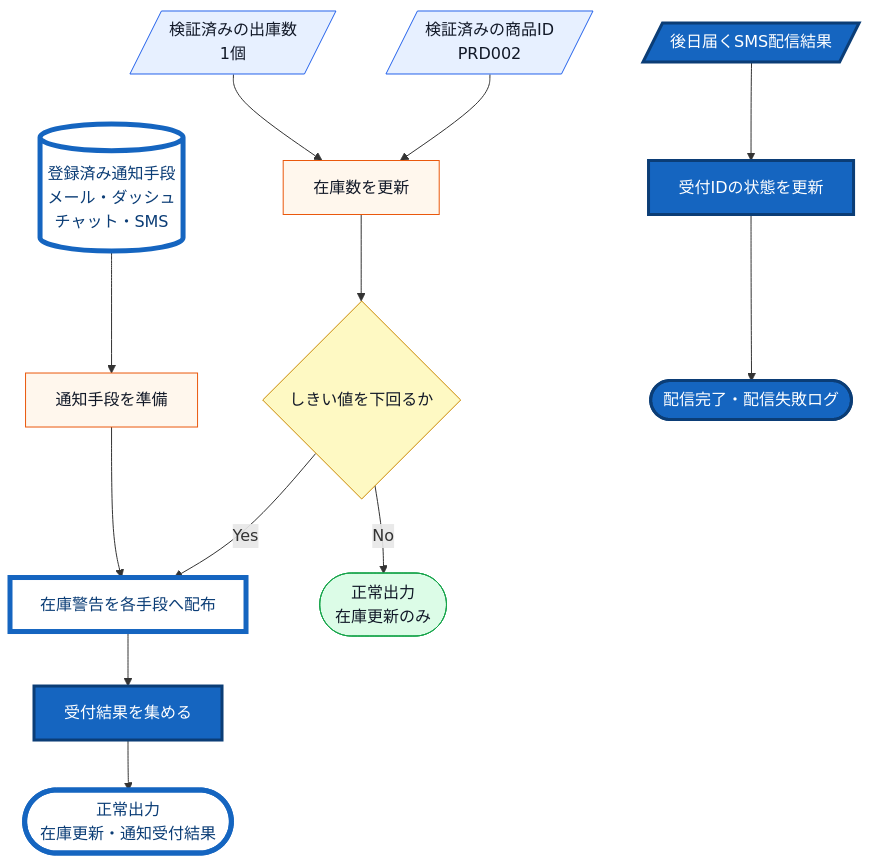
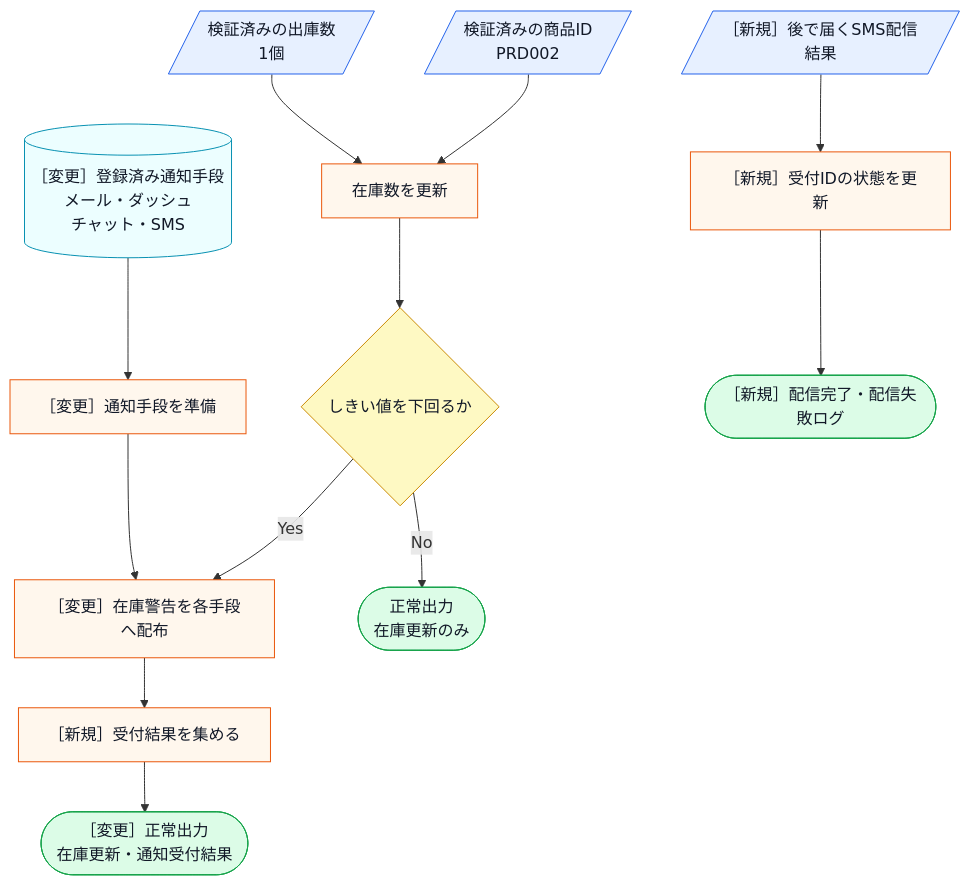
Before and after one commit to kumachan1101-pixel/DesignPattern: the fifth of 15 diagrams in kindle/design-patterns/books/volume01-core-patterns/output/05-chapter03.md, drawn with Mermaid. The commit also changed other lines of this file and 40 other files, not shown here.

````diff
--- a/kindle/design-patterns/books/volume01-core-patterns/output/05-chapter03.md
+++ b/kindle/design-patterns/books/volume01-core-patterns/output/05-chapter03.md
@@ -875,24 +866,20 @@
 ```mermaid
 flowchart TB
     A[/検証済みの商品ID<br>PRD002/]:::input --> G[在庫数を更新]:::process
     C[/検証済みの出庫数<br>1個/]:::input --> G
-    E[(登録済み通知手段<br>メール・ダッシュ<br>チャット・SMS)]:::data --> F[通知手段を準備]:::process
+    E[(［変更］登録済み通知手段<br>メール・ダッシュ<br>チャット・SMS)]:::data --> F[［変更］通知手段を準備]:::process
     G --> H{しきい値を下回るか}:::decision
-    H -->|Yes| I[在庫警告を各手段へ配布]:::process
+    H -->|Yes| I[［変更］在庫警告を各手段へ配布]:::process
     F --> I
-    I --> L[受付結果を集める]:::process
-    L --> K([正常出力<br>在庫更新・通知受付結果]):::normal
+    I --> L[［新規］受付結果を集める]:::process
+    L --> K([［変更］正常出力<br>在庫更新・通知受付結果]):::normal
     H -->|No| J([正常出力<br>在庫更新のみ]):::normal
-    S[/後日届くSMS配信結果/]:::input --> O[受付IDの状態を更新]:::process
-    O --> P([配信完了・配信失敗ログ]):::normal
+    S[/［新規］後で届くSMS配信結果/]:::input --> O[［新規］受付IDの状態を更新]:::process
+    O --> P([［新規］配信完了・配信失敗ログ]):::normal
 
     classDef data fill:#ecfeff,stroke:#0891b2,color:#111827;
     classDef input fill:#e7f0ff,stroke:#2563eb,color:#111827;
     classDef process fill:#fff7ed,stroke:#ea580c,color:#111827;
     classDef decision fill:#fef9c3,stroke:#ca8a04,color:#111827;
     classDef normal fill:#dcfce7,stroke:#16a34a,color:#111827;
-    class L,S,O,P added;
-    class E,I,K touched;
-    classDef added fill:#1565c0,stroke:#0b3d76,stroke-width:3px,color:#ffffff;
-    classDef touched fill:#ffffff,stroke:#1565c0,stroke-width:5px,color:#0b3d76;
 ```
````
